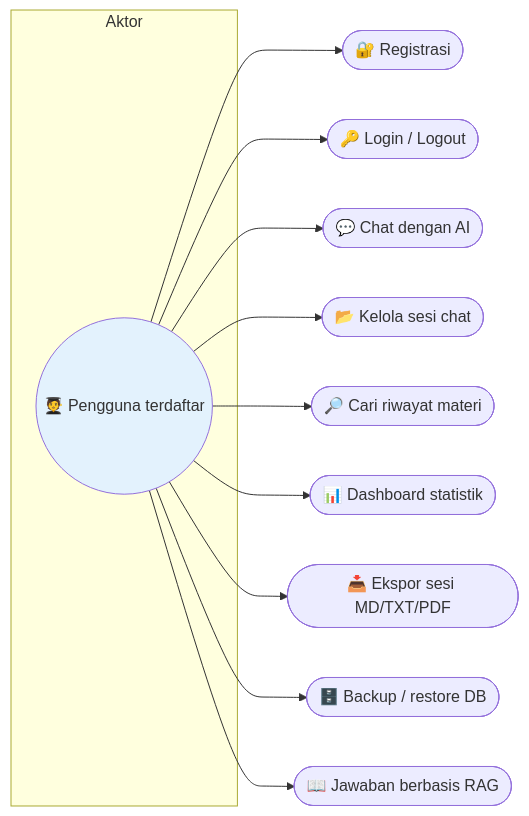
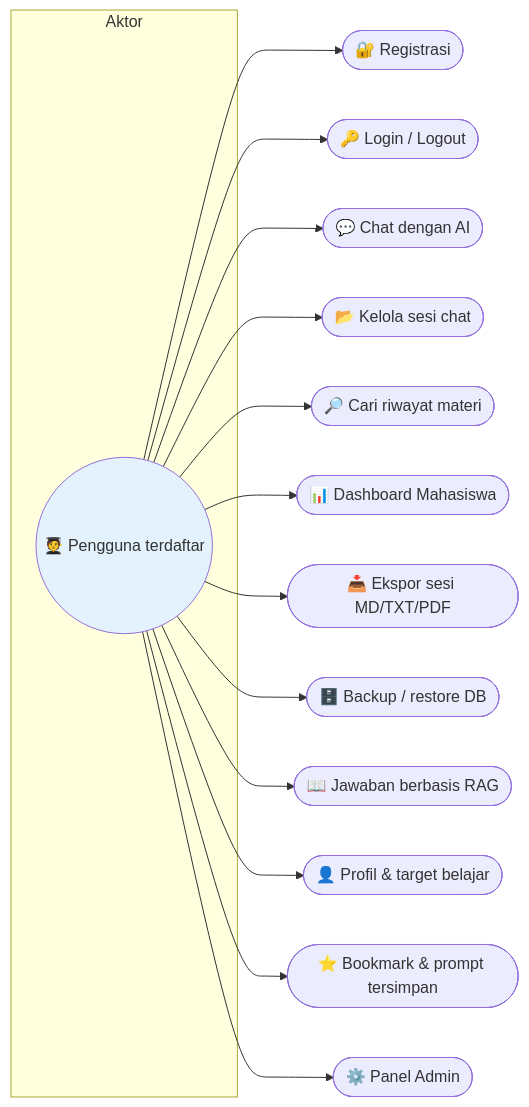
The first of 7 diagrams in DOKUMENTASI_SISTEM.md (noermuhmmadayub/project-ayub), drawn with Mermaid before and after one commit. The commit also changed other lines of this file and 17 other files, not shown here.

First line of the commit message:
feat: admin panel, student tools (profile, RAG filter, prompts, bookmarks, PDF upload); scripts and logging; docs sync

````diff
--- a/DOKUMENTASI_SISTEM.md
+++ b/DOKUMENTASI_SISTEM.md
@@ -49,18 +49,21 @@
 ```mermaid
 flowchart LR
   subgraph Aktor
     U((🧑‍🎓 Pengguna terdaftar))
   end
 
   U --> UC1([🔐 Registrasi])
   U --> UC2([🔑 Login / Logout])
   U --> UC3([💬 Chat dengan AI])
   U --> UC4([📂 Kelola sesi chat])
   U --> UC5([🔎 Cari riwayat materi])
-  U --> UC6([📊 Dashboard statistik])
+  U --> UC6([📊 Dashboard Mahasiswa])
   U --> UC7([📥 Ekspor sesi MD/TXT/PDF])
   U --> UC8([🗄️ Backup / restore DB])
   U --> UC9([📖 Jawaban berbasis RAG])
+  U --> UC10([👤 Profil & target belajar])
+  U --> UC11([⭐ Bookmark & prompt tersimpan])
+  U --> UC12([⚙️ Panel Admin])
 
   style U fill:#e3f2fd
 ```
````
